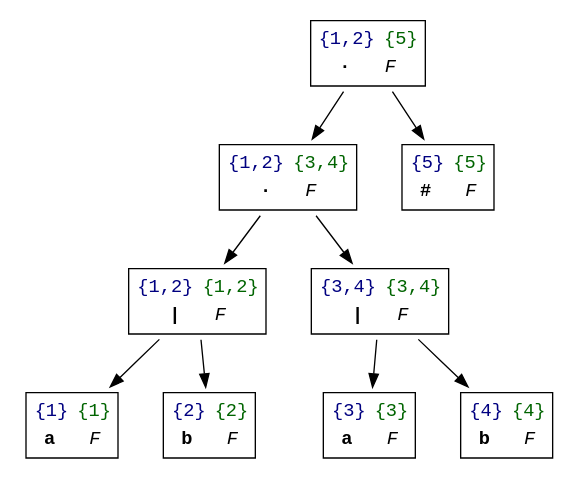
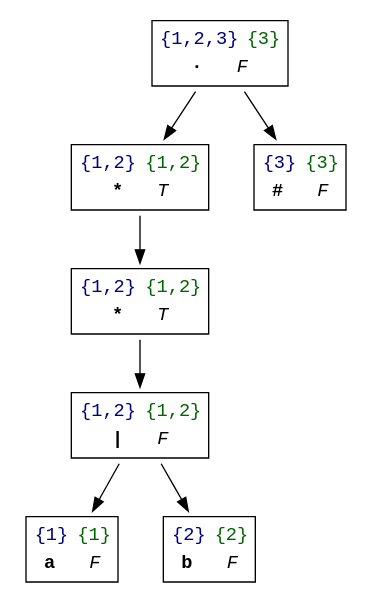
One commit to Jose-Merida-UVG/Compilers-1-CC3071 changed the diagram in out/AST_regex5.DOT. Above: the diagram before and after it, drawn with Graphviz. The commit also changed 16 other files, not shown here.

```diff
--- a/out/AST_regex5.DOT
+++ b/out/AST_regex5.DOT
@@ -1,21 +1,17 @@
 digraph "ast" {
 	rankdir=TB
 	node [shape=plaintext fontname="Courier"]
-	n0 [label=<<TABLE BORDER="1" CELLBORDER="0" CELLSPACING="3"><TR><TD ALIGN="CENTER"><FONT COLOR="navy">{1,2}</FONT></TD><TD ALIGN="CENTER"><FONT COLOR="darkgreen">{5}</FONT></TD></TR><TR><TD COLSPAN="2" ALIGN="CENTER"><B>·</B> &nbsp; <I>F</I></TD></TR></TABLE>>]
-	n1 [label=<<TABLE BORDER="1" CELLBORDER="0" CELLSPACING="3"><TR><TD ALIGN="CENTER"><FONT COLOR="navy">{1,2}</FONT></TD><TD ALIGN="CENTER"><FONT COLOR="darkgreen">{3,4}</FONT></TD></TR><TR><TD COLSPAN="2" ALIGN="CENTER"><B>·</B> &nbsp; <I>F</I></TD></TR></TABLE>>]
-	n2 [label=<<TABLE BORDER="1" CELLBORDER="0" CELLSPACING="3"><TR><TD ALIGN="CENTER"><FONT COLOR="navy">{1,2}</FONT></TD><TD ALIGN="CENTER"><FONT COLOR="darkgreen">{1,2}</FONT></TD></TR><TR><TD COLSPAN="2" ALIGN="CENTER"><B>|</B> &nbsp; <I>F</I></TD></TR></TABLE>>]
-	n3 [label=<<TABLE BORDER="1" CELLBORDER="0" CELLSPACING="3"><TR><TD ALIGN="CENTER"><FONT COLOR="navy">{1}</FONT></TD><TD ALIGN="CENTER"><FONT COLOR="darkgreen">{1}</FONT></TD></TR><TR><TD COLSPAN="2" ALIGN="CENTER"><B>a</B> &nbsp; <I>F</I></TD></TR></TABLE>>]
+	n0 [label=<<TABLE BORDER="1" CELLBORDER="0" CELLSPACING="3"><TR><TD ALIGN="CENTER"><FONT COLOR="navy">{1,2,3}</FONT></TD><TD ALIGN="CENTER"><FONT COLOR="darkgreen">{3}</FONT></TD></TR><TR><TD COLSPAN="2" ALIGN="CENTER"><B>·</B> &nbsp; <I>F</I></TD></TR></TABLE>>]
+	n1 [label=<<TABLE BORDER="1" CELLBORDER="0" CELLSPACING="3"><TR><TD ALIGN="CENTER"><FONT COLOR="navy">{1,2}</FONT></TD><TD ALIGN="CENTER"><FONT COLOR="darkgreen">{1,2}</FONT></TD></TR><TR><TD COLSPAN="2" ALIGN="CENTER"><B>*</B> &nbsp; <I>T</I></TD></TR></TABLE>>]
+	n2 [label=<<TABLE BORDER="1" CELLBORDER="0" CELLSPACING="3"><TR><TD ALIGN="CENTER"><FONT COLOR="navy">{1,2}</FONT></TD><TD ALIGN="CENTER"><FONT COLOR="darkgreen">{1,2}</FONT></TD></TR><TR><TD COLSPAN="2" ALIGN="CENTER"><B>*</B> &nbsp; <I>T</I></TD></TR></TABLE>>]
+	n3 [label=<<TABLE BORDER="1" CELLBORDER="0" CELLSPACING="3"><TR><TD ALIGN="CENTER"><FONT COLOR="navy">{1,2}</FONT></TD><TD ALIGN="CENTER"><FONT COLOR="darkgreen">{1,2}</FONT></TD></TR><TR><TD COLSPAN="2" ALIGN="CENTER"><B>|</B> &nbsp; <I>F</I></TD></TR></TABLE>>]
+	n4 [label=<<TABLE BORDER="1" CELLBORDER="0" CELLSPACING="3"><TR><TD ALIGN="CENTER"><FONT COLOR="navy">{1}</FONT></TD><TD ALIGN="CENTER"><FONT COLOR="darkgreen">{1}</FONT></TD></TR><TR><TD COLSPAN="2" ALIGN="CENTER"><B>a</B> &nbsp; <I>F</I></TD></TR></TABLE>>]
+	n3 -> n4
+	n5 [label=<<TABLE BORDER="1" CELLBORDER="0" CELLSPACING="3"><TR><TD ALIGN="CENTER"><FONT COLOR="navy">{2}</FONT></TD><TD ALIGN="CENTER"><FONT COLOR="darkgreen">{2}</FONT></TD></TR><TR><TD COLSPAN="2" ALIGN="CENTER"><B>b</B> &nbsp; <I>F</I></TD></TR></TABLE>>]
+	n3 -> n5
 	n2 -> n3
-	n4 [label=<<TABLE BORDER="1" CELLBORDER="0" CELLSPACING="3"><TR><TD ALIGN="CENTER"><FONT COLOR="navy">{2}</FONT></TD><TD ALIGN="CENTER"><FONT COLOR="darkgreen">{2}</FONT></TD></TR><TR><TD COLSPAN="2" ALIGN="CENTER"><B>b</B> &nbsp; <I>F</I></TD></TR></TABLE>>]
-	n2 -> n4
 	n1 -> n2
-	n5 [label=<<TABLE BORDER="1" CELLBORDER="0" CELLSPACING="3"><TR><TD ALIGN="CENTER"><FONT COLOR="navy">{3,4}</FONT></TD><TD ALIGN="CENTER"><FONT COLOR="darkgreen">{3,4}</FONT></TD></TR><TR><TD COLSPAN="2" ALIGN="CENTER"><B>|</B> &nbsp; <I>F</I></TD></TR></TABLE>>]
-	n6 [label=<<TABLE BORDER="1" CELLBORDER="0" CELLSPACING="3"><TR><TD ALIGN="CENTER"><FONT COLOR="navy">{3}</FONT></TD><TD ALIGN="CENTER"><FONT COLOR="darkgreen">{3}</FONT></TD></TR><TR><TD COLSPAN="2" ALIGN="CENTER"><B>a</B> &nbsp; <I>F</I></TD></TR></TABLE>>]
-	n5 -> n6
-	n7 [label=<<TABLE BORDER="1" CELLBORDER="0" CELLSPACING="3"><TR><TD ALIGN="CENTER"><FONT COLOR="navy">{4}</FONT></TD><TD ALIGN="CENTER"><FONT COLOR="darkgreen">{4}</FONT></TD></TR><TR><TD COLSPAN="2" ALIGN="CENTER"><B>b</B> &nbsp; <I>F</I></TD></TR></TABLE>>]
-	n5 -> n7
-	n1 -> n5
 	n0 -> n1
-	n8 [label=<<TABLE BORDER="1" CELLBORDER="0" CELLSPACING="3"><TR><TD ALIGN="CENTER"><FONT COLOR="navy">{5}</FONT></TD><TD ALIGN="CENTER"><FONT COLOR="darkgreen">{5}</FONT></TD></TR><TR><TD COLSPAN="2" ALIGN="CENTER"><B>#</B> &nbsp; <I>F</I></TD></TR></TABLE>>]
-	n0 -> n8
+	n6 [label=<<TABLE BORDER="1" CELLBORDER="0" CELLSPACING="3"><TR><TD ALIGN="CENTER"><FONT COLOR="navy">{3}</FONT></TD><TD ALIGN="CENTER"><FONT COLOR="darkgreen">{3}</FONT></TD></TR><TR><TD COLSPAN="2" ALIGN="CENTER"><B>#</B> &nbsp; <I>F</I></TD></TR></TABLE>>]
+	n0 -> n6
 }
```
